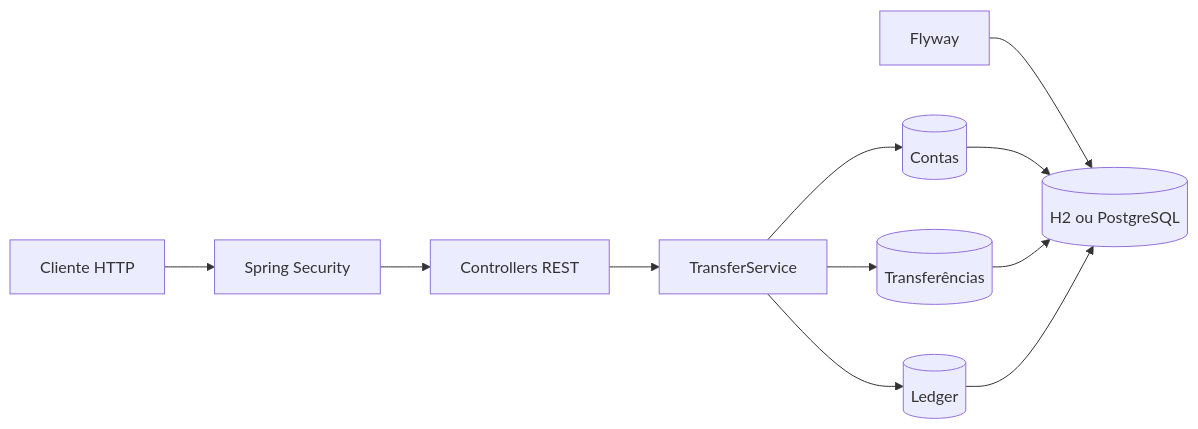
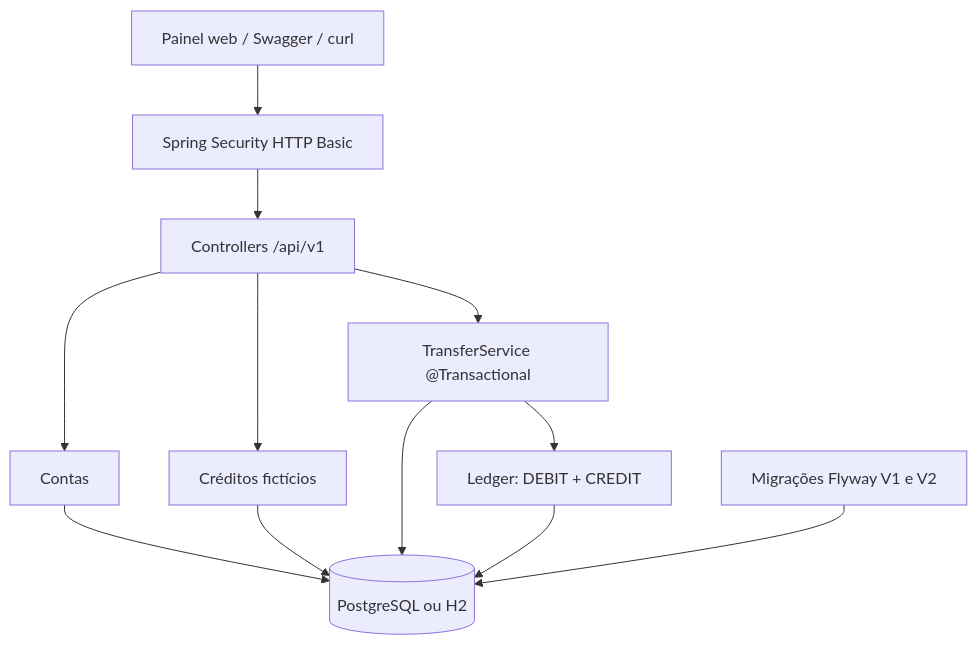
One commit to WalterMatheusgg/Bank-Enterprise changed the diagram in README.md. Above: the diagram before and after it, drawn with Mermaid. The commit also changed other lines of this file, not shown here.

Commit message:
docs: redesign banking README with integrated dashboard, realistic demo flow and API reference

````diff
--- a/README.md
+++ b/README.md
@@ -66,13 +75,14 @@
-```mermaid
-flowchart LR
-    C[Cliente HTTP] --> S[Spring Security]
-    S --> A[Controllers REST]
-    A --> T[TransferService]
-    T --> ACC[(Contas)]
-    T --> TR[(Transferências)]
-    T --> L[(Ledger)]
-    F[Flyway] --> DB[(H2 ou PostgreSQL)]
-    ACC --> DB
-    TR --> DB
-    L --> DB
-```
+~~~mermaid
+flowchart TB
+    USER["Painel web / Swagger / curl"] --> AUTH["Spring Security HTTP Basic"]
+    AUTH --> API["Controllers /api/v1"]
+    API --> ACCOUNT["Contas"]
+    API --> DEPOSIT["Créditos fictícios"]
+    API --> TRANSFER["TransferService @Transactional"]
+    TRANSFER --> LEDGER["Ledger: DEBIT + CREDIT"]
+    ACCOUNT --> DB[("PostgreSQL ou H2")]
+    DEPOSIT --> DB
+    TRANSFER --> DB
+    LEDGER --> DB
+    FLYWAY["Migrações Flyway V1 e V2"] --> DB
+~~~
````
